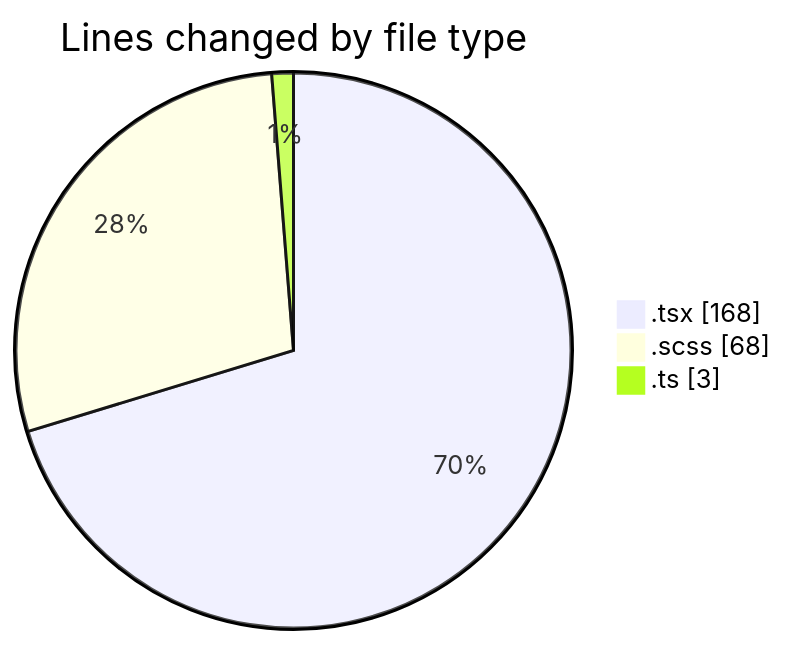
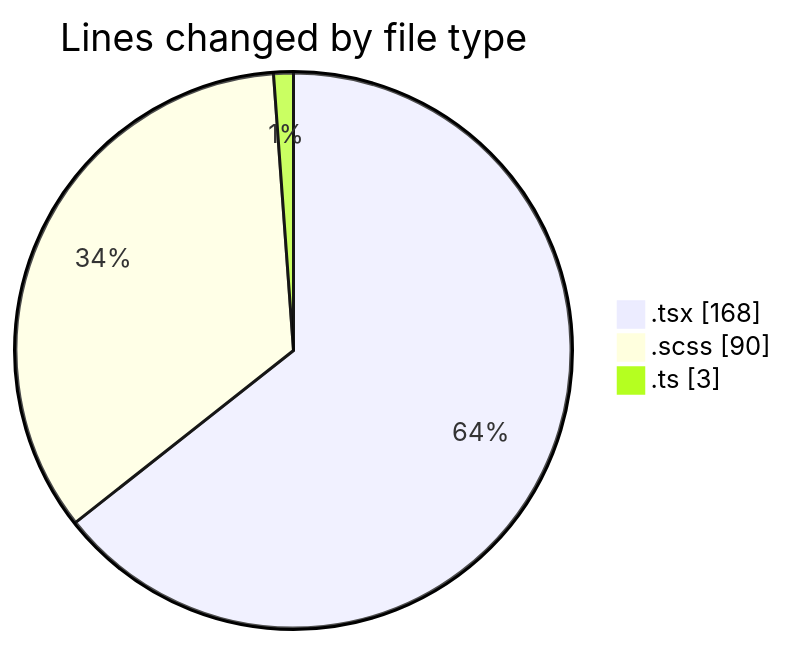
The first of 2 diagrams in 2026-10-30/cda/README.md (momahboobian/code-tracking), drawn with Mermaid before and after one commit. The commit also changed other lines of this file and 1 other file, not shown here.

````diff
--- a/2026-10-30/cda/README.md
+++ b/2026-10-30/cda/README.md
@@ -24,7 +24,7 @@
 ```mermaid
 pie showData
 title Lines changed by file type
 ".tsx" : 168
-".scss" : 68
+".scss" : 90
 ".ts" : 3
 ```
````
